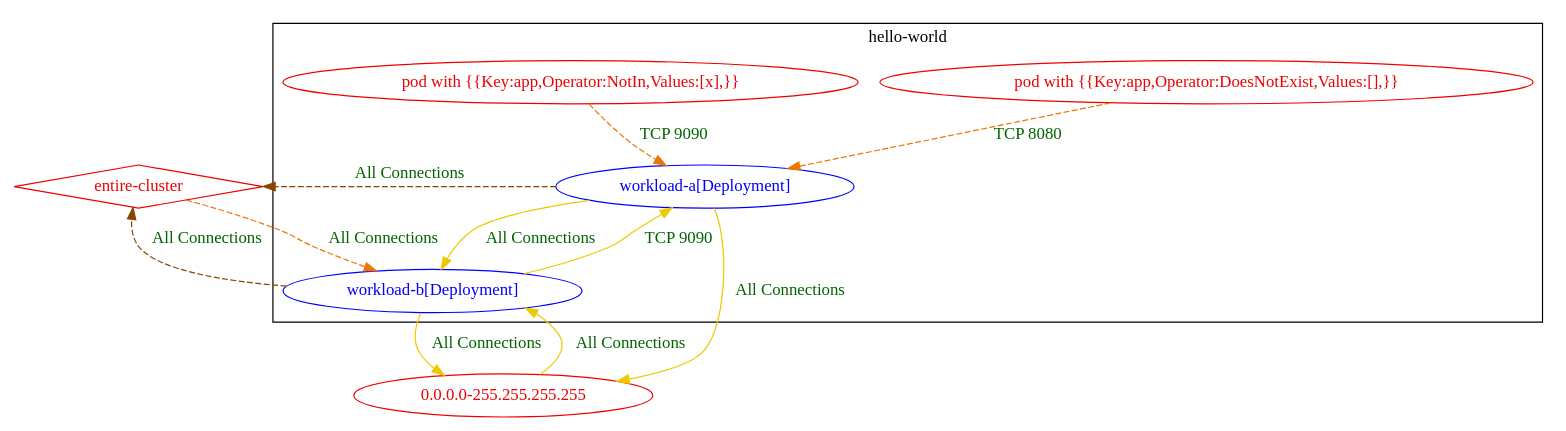
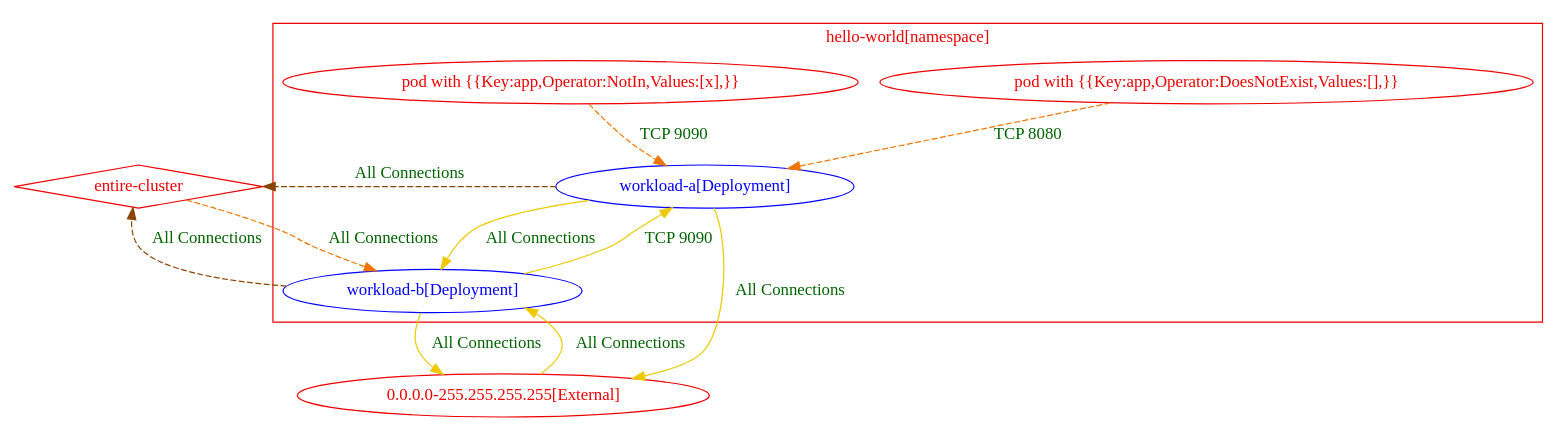
One commit to np-guard/netpol-analyzer changed the diagram in test_outputs/connlist/exposure_test_with_different_rules_3_exposure_output.dot. Above: the diagram before and after it, drawn with Graphviz. The commit also changed 1442 other files, not shown here.

```diff
--- a/test_outputs/connlist/exposure_test_with_different_rules_3_exposure_output.dot
+++ b/test_outputs/connlist/exposure_test_with_different_rules_3_exposure_output.dot
@@ -1,23 +1,28 @@
 digraph {
-	subgraph "cluster_hello_world" {
+	subgraph "cluster_hello_world[namespace]" {
 		color="black"
 		fontcolor="black"
 		"hello-world/workload-a[Deployment]" [label="workload-a[Deployment]" color="blue" fontcolor="blue"]
 		"hello-world/workload-b[Deployment]" [label="workload-b[Deployment]" color="blue" fontcolor="blue"]
+		label="hello-world[namespace]"
+	}
+	subgraph "cluster_hello_world[namespace]" {
+		color="red2"
+		fontcolor="red2"
 		"pod with {{Key:app,Operator:DoesNotExist,Values:[],}}_in_hello-world" [label="pod with {{Key:app,Operator:DoesNotExist,Values:[],}}" color="red2" fontcolor="red2"]
 		"pod with {{Key:app,Operator:NotIn,Values:[x],}}_in_hello-world" [label="pod with {{Key:app,Operator:NotIn,Values:[x],}}" color="red2" fontcolor="red2"]
-		label="hello-world"
+		label="hello-world[namespace]"
 	}
-	"0.0.0.0-255.255.255.255" [label="0.0.0.0-255.255.255.255" color="red2" fontcolor="red2"]
+	"0.0.0.0-255.255.255.255[External]" [label="0.0.0.0-255.255.255.255[External]" color="red2" fontcolor="red2"]
 	"entire-cluster" [label="entire-cluster" color="red2" fontcolor="red2" shape=diamond]
-	"0.0.0.0-255.255.255.255" -> "hello-world/workload-b[Deployment]" [label="All Connections" color="gold2" fontcolor="darkgreen" weight=0.5]
+	"0.0.0.0-255.255.255.255[External]" -> "hello-world/workload-b[Deployment]" [label="All Connections" color="gold2" fontcolor="darkgreen" weight=0.5]
 	"entire-cluster" -> "hello-world/workload-b[Deployment]" [label="All Connections" color="darkorange2" fontcolor="darkgreen" weight=1 style=dashed]
-	"hello-world/workload-a[Deployment]" -> "0.0.0.0-255.255.255.255" [label="All Connections" color="gold2" fontcolor="darkgreen" weight=1]
+	"hello-world/workload-a[Deployment]" -> "0.0.0.0-255.255.255.255[External]" [label="All Connections" color="gold2" fontcolor="darkgreen" weight=1]
 	"hello-world/workload-a[Deployment]" -> "entire-cluster" [label="All Connections" color="darkorange4" fontcolor="darkgreen" weight=0.5 style=dashed]
 	"hello-world/workload-a[Deployment]" -> "hello-world/workload-b[Deployment]" [label="All Connections" color="gold2" fontcolor="darkgreen" weight=0.5]
-	"hello-world/workload-b[Deployment]" -> "0.0.0.0-255.255.255.255" [label="All Connections" color="gold2" fontcolor="darkgreen" weight=1]
+	"hello-world/workload-b[Deployment]" -> "0.0.0.0-255.255.255.255[External]" [label="All Connections" color="gold2" fontcolor="darkgreen" weight=1]
 	"hello-world/workload-b[Deployment]" -> "entire-cluster" [label="All Connections" color="darkorange4" fontcolor="darkgreen" weight=0.5 style=dashed]
 	"hello-world/workload-b[Deployment]" -> "hello-world/workload-a[Deployment]" [label="TCP 9090" color="gold2" fontcolor="darkgreen" weight=1]
 	"pod with {{Key:app,Operator:DoesNotExist,Values:[],}}_in_hello-world" -> "hello-world/workload-a[Deployment]" [label="TCP 8080" color="darkorange2" fontcolor="darkgreen" weight=1 style=dashed]
 	"pod with {{Key:app,Operator:NotIn,Values:[x],}}_in_hello-world" -> "hello-world/workload-a[Deployment]" [label="TCP 9090" color="darkorange2" fontcolor="darkgreen" weight=1 style=dashed]
 }
```
